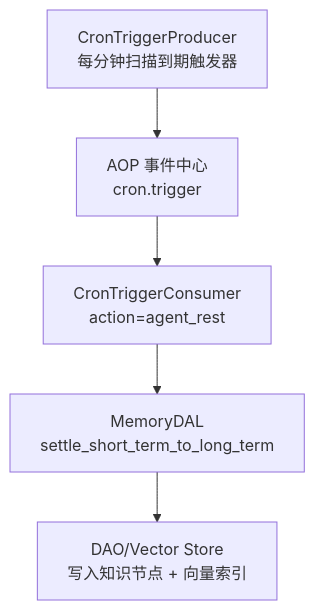
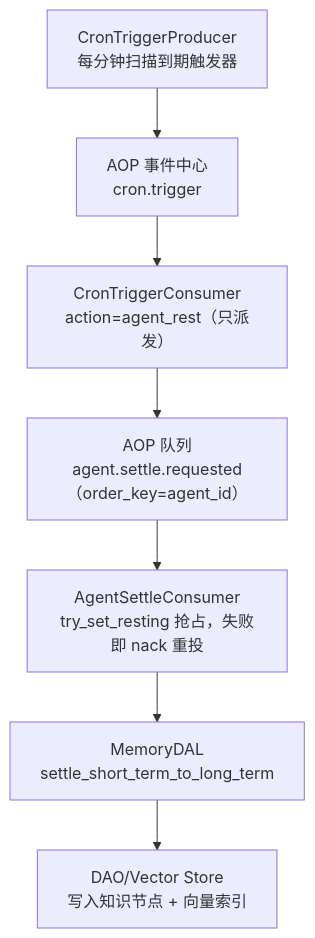
The first of 7 diagrams in docs/wiki/zh/content/项目概述/核心功能特性/四层记忆系统/记忆沉淀机制.md (runningcoders/ai_orz), drawn with Mermaid before and after one commit. The commit also changed other lines of this file and 2 other files, not shown here.

Commit message:
docs(wiki): 记忆沉淀机制/调度器消费者/沉淀知识卡 — 对齐 agent_settle 事件化

````diff
--- a/docs/wiki/zh/content/项目概述/核心功能特性/四层记忆系统/记忆沉淀机制.md
+++ b/docs/wiki/zh/content/项目概述/核心功能特性/四层记忆系统/记忆沉淀机制.md
@@ -69,7 +70,9 @@
 ```mermaid
 graph TB
 A["CronTriggerProducer<br/>每分钟扫描到期触发器"] --> B["AOP 事件中心<br/>cron.trigger"]
-B --> C["CronTriggerConsumer<br/>action=agent_rest"]
-C --> D["MemoryDAL<br/>settle_short_term_to_long_term"]
+B --> C["CronTriggerConsumer<br/>action=agent_rest（只派发）"]
+C --> F["AOP 队列<br/>agent.settle.requested（order_key=agent_id）"]
+F --> G["AgentSettleConsumer<br/>try_set_resting 抢占，失败即 nack 重投"]
+G --> D["MemoryDAL<br/>settle_short_term_to_long_term"]
 D --> E["DAO/Vector Store<br/>写入知识节点 + 向量索引"]
 ```
````
